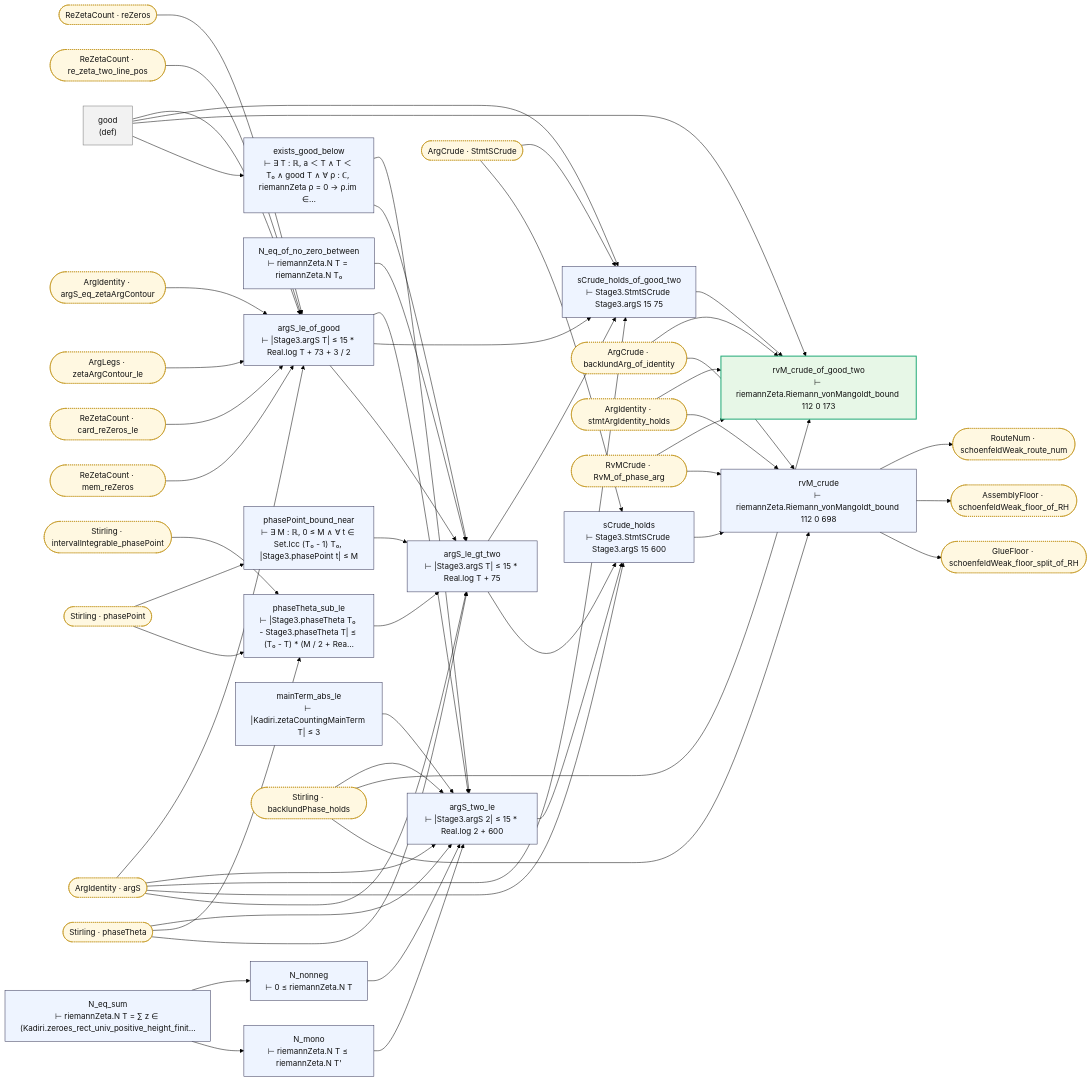
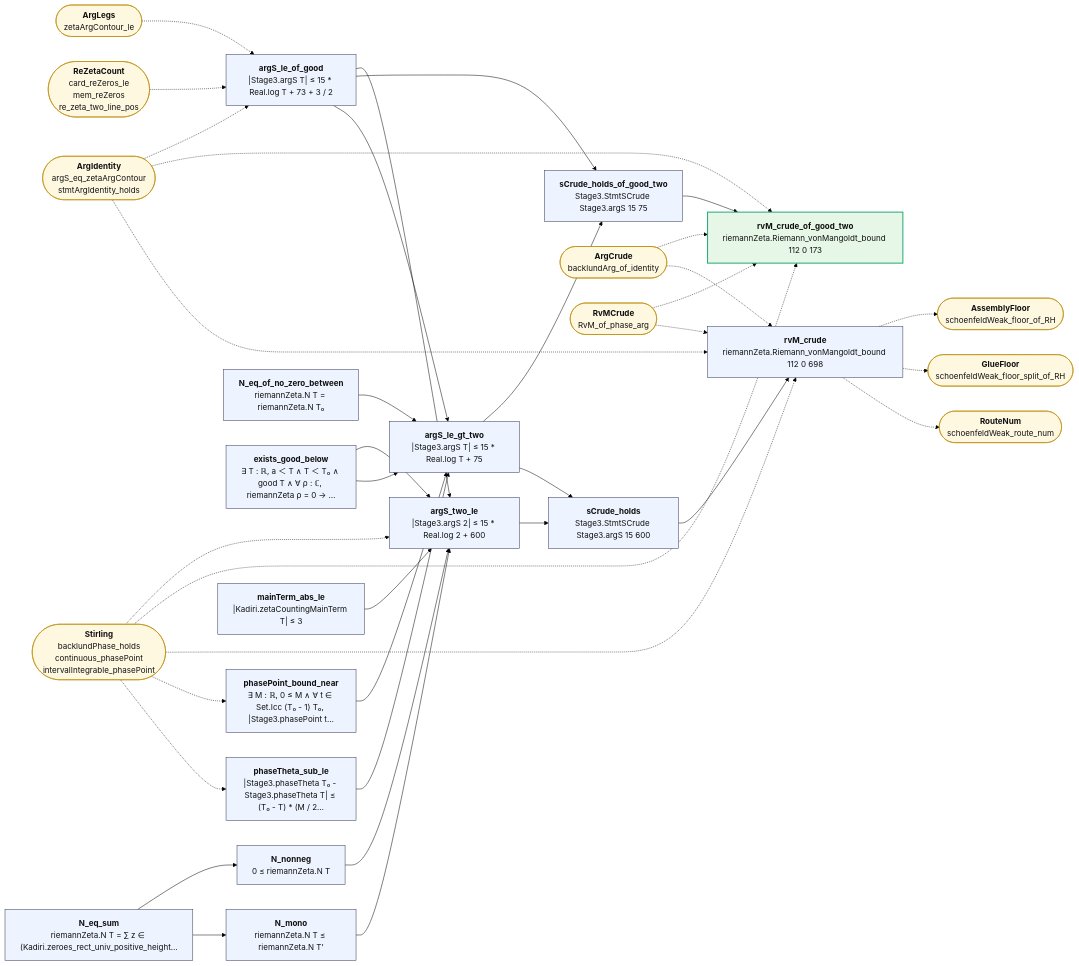
One commit to juliansambranojr/Primebeat_081426 changed the diagram in map/lean_stage3/ArgCount.md. Above: the diagram before and after it, drawn with Mermaid (forest theme). The commit also changed other lines of this file and 387 other files, not shown here.

````diff
--- a/map/lean_stage3/ArgCount.md
+++ b/map/lean_stage3/ArgCount.md
@@ -8,96 +12,67 @@
 ```mermaid
 flowchart LR
-  n0["good<br/>(def)"]:::dfn
-  n1["argS_le_of_good<br/>⊢ |Stage3.argS T| ≤ 15 * Real.log T + 73 + 3 / 2"]:::thm
-  n2["N_eq_sum<br/>⊢ riemannZeta.N T = ∑ z ∈ (Kadiri.zeroes_rect_univ_positive_height_finit…"]:::thm
-  n3["N_nonneg<br/>⊢ 0 ≤ riemannZeta.N T"]:::thm
-  n4["N_mono<br/>⊢ riemannZeta.N T ≤ riemannZeta.N T'"]:::thm
-  n5["N_eq_of_no_zero_between<br/>⊢ riemannZeta.N T = riemannZeta.N T₀"]:::thm
-  n6["exists_good_below<br/>⊢ ∃ T : ℝ, a ＜ T ∧ T ＜ T₀ ∧ good T ∧ ∀ ρ : ℂ, riemannZeta ρ = 0 → ρ.im ∈…"]:::thm
-  n7["phasePoint_bound_near<br/>⊢ ∃ M : ℝ, 0 ≤ M ∧ ∀ t ∈ Set.Icc (T₀ - 1) T₀, |Stage3.phasePoint t| ≤ M"]:::thm
-  n8["phaseTheta_sub_le<br/>⊢ |Stage3.phaseTheta T₀ - Stage3.phaseTheta T| ≤ (T₀ - T) * (M / 2 + Rea…"]:::thm
-  n9["argS_le_gt_two<br/>⊢ |Stage3.argS T| ≤ 15 * Real.log T + 75"]:::thm
-  n10["mainTerm_abs_le<br/>⊢ |Kadiri.zetaCountingMainTerm T| ≤ 3"]:::thm
-  n11["argS_two_le<br/>⊢ |Stage3.argS 2| ≤ 15 * Real.log 2 + 600"]:::thm
-  n12["sCrude_holds_of_good_two<br/>⊢ Stage3.StmtSCrude Stage3.argS 15 75"]:::thm
-  n13["sCrude_holds<br/>⊢ Stage3.StmtSCrude Stage3.argS 15 600"]:::thm
-  n14["rvM_crude_of_good_two<br/>⊢ riemannZeta.Riemann_vonMangoldt_bound 112 0 173"]:::end_
-  n15["rvM_crude<br/>⊢ riemannZeta.Riemann_vonMangoldt_bound 112 0 698"]:::thm
-  x0(["ArgCrude · StmtSCrude"]):::ext
-  x1(["ArgCrude · backlundArg_of_identity"]):::ext
-  x2(["ArgIdentity · argS"]):::ext
-  x3(["ArgIdentity · argS_eq_zetaArgContour"]):::ext
-  x4(["ArgIdentity · stmtArgIdentity_holds"]):::ext
-  x5(["ArgLegs · zetaArgContour_le"]):::ext
-  x6(["AssemblyFloor · schoenfeldWeak_floor_of_RH"]):::ext
-  x7(["GlueFloor · schoenfeldWeak_floor_split_of_RH"]):::ext
-  x8(["ReZetaCount · card_reZeros_le"]):::ext
-  x9(["ReZetaCount · mem_reZeros"]):::ext
-  x10(["ReZetaCount · reZeros"]):::ext
-  x11(["ReZetaCount · re_zeta_two_line_pos"]):::ext
-  x12(["RouteNum · schoenfeldWeak_route_num"]):::ext
-  x13(["RvMCrude · RvM_of_phase_arg"]):::ext
-  x14(["Stirling · backlundPhase_holds"]):::ext
-  x15(["Stirling · intervalIntegrable_phasePoint"]):::ext
-  x16(["Stirling · phasePoint"]):::ext
-  x17(["Stirling · phaseTheta"]):::ext
-  n0 --> n1
-  n0 --> n12
-  n0 --> n14
-  n0 --> n6
-  n1 --> n11
-  n1 --> n12
-  n1 --> n9
-  n10 --> n11
+  n0["<b>argS_le_of_good</b><br/>|Stage3.argS T| ≤ 15 * Real.log T + 73 + 3 / 2"]:::thm
+  n1["<b>N_eq_sum</b><br/>riemannZeta.N T = ∑ z ∈ (Kadiri.zeroes_rect_univ_positive_height…"]:::thm
+  n2["<b>N_nonneg</b><br/>0 ≤ riemannZeta.N T"]:::thm
+  n3["<b>N_mono</b><br/>riemannZeta.N T ≤ riemannZeta.N T'"]:::thm
+  n4["<b>N_eq_of_no_zero_between</b><br/>riemannZeta.N T = riemannZeta.N T₀"]:::thm
+  n5["<b>exists_good_below</b><br/>∃ T : ℝ, a ＜ T ∧ T ＜ T₀ ∧ good T ∧ ∀ ρ : ℂ, riemannZeta ρ = 0 → …"]:::thm
+  n6["<b>phasePoint_bound_near</b><br/>∃ M : ℝ, 0 ≤ M ∧ ∀ t ∈ Set.Icc (T₀ - 1) T₀, |Stage3.phasePoint t…"]:::thm
+  n7["<b>phaseTheta_sub_le</b><br/>|Stage3.phaseTheta T₀ - Stage3.phaseTheta T| ≤ (T₀ - T) * (M / 2…"]:::thm
+  n8["<b>argS_le_gt_two</b><br/>|Stage3.argS T| ≤ 15 * Real.log T + 75"]:::thm
+  n9["<b>mainTerm_abs_le</b><br/>|Kadiri.zetaCountingMainTerm T| ≤ 3"]:::thm
+  n10["<b>argS_two_le</b><br/>|Stage3.argS 2| ≤ 15 * Real.log 2 + 600"]:::thm
+  n11["<b>sCrude_holds_of_good_two</b><br/>Stage3.StmtSCrude Stage3.argS 15 75"]:::thm
+  n12["<b>sCrude_holds</b><br/>Stage3.StmtSCrude Stage3.argS 15 600"]:::thm
+  n13["<b>rvM_crude_of_good_two</b><br/>riemannZeta.Riemann_vonMangoldt_bound 112 0 173"]:::end_
+  n14["<b>rvM_crude</b><br/>riemannZeta.Riemann_vonMangoldt_bound 112 0 698"]:::thm
+  x0(["<b>ArgIdentity</b><br/>argS_eq_zetaArgContour<br/>stmtArgIdentity_holds"]):::ext
+  x1(["<b>ArgLegs</b><br/>zetaArgContour_le"]):::ext
+  x2(["<b>ReZetaCount</b><br/>card_reZeros_le<br/>mem_reZeros<br/>re_zeta_two_line_pos"]):::ext
+  x3(["<b>Stirling</b><br/>backlundPhase_holds<br/>continuous_phasePoint<br/>intervalIntegrable_phasePoint"]):::ext
+  x4(["<b>ArgCrude</b><br/>backlundArg_of_identity"]):::ext
+  x5(["<b>RvMCrude</b><br/>RvM_of_phase_arg"]):::ext
+  x6(["<b>AssemblyFloor</b><br/>schoenfeldWeak_floor_of_RH"]):::ext
+  x7(["<b>GlueFloor</b><br/>schoenfeldWeak_floor_split_of_RH"]):::ext
+  x8(["<b>RouteNum</b><br/>schoenfeldWeak_route_num"]):::ext
+  n0 --> n10
+  n0 --> n11
+  n0 --> n8
+  n1 --> n2
+  n1 --> n3
+  n10 --> n12
   n11 --> n13
   n12 --> n14
-  n13 --> n15
-  n15 --> x12
-  n15 --> x6
-  n15 --> x7
-  n2 --> n3
-  n2 --> n4
-  n3 --> n11
-  n4 --> n11
-  n5 --> n9
-  n6 --> n11
-  n6 --> n9
-  n7 --> n9
-  n8 --> n9
-  n9 --> n12
-  n9 --> n13
-  x0 --> n12
-  x0 --> n13
-  x1 --> n14
-  x1 --> n15
-  x10 --> n1
-  x11 --> n1
-  x13 --> n14
-  x13 --> n15
-  x14 --> n11
-  x14 --> n14
-  x14 --> n15
-  x15 --> n8
-  x16 --> n7
-  x16 --> n8
-  x17 --> n11
-  x17 --> n8
-  x17 --> n9
-  x2 --> n1
-  x2 --> n11
-  x2 --> n12
-  x2 --> n13
-  x2 --> n9
-  x3 --> n1
-  x4 --> n14
-  x4 --> n15
-  x5 --> n1
-  x8 --> n1
-  x9 --> n1
+  n2 --> n10
+  n3 --> n10
+  n4 --> n8
+  n5 --> n10
+  n5 --> n8
+  n6 --> n8
+  n7 --> n8
+  n8 --> n11
+  n8 --> n12
+  n9 --> n10
+  n14 -.-> x6
+  n14 -.-> x7
+  n14 -.-> x8
+  x0 -.-> n0
+  x0 -.-> n13
+  x0 -.-> n14
+  x1 -.-> n0
+  x2 -.-> n0
+  x3 -.-> n10
+  x3 -.-> n13
+  x3 -.-> n14
+  x3 -.-> n6
+  x3 -.-> n7
+  x4 -.-> n13
+  x4 -.-> n14
+  x5 -.-> n13
+  x5 -.-> n14
   classDef thm fill:#eef4ff,stroke:#335,color:#111
-  classDef dfn fill:#f2f2f2,stroke:#777,color:#111
   classDef end_ fill:#e7f7e7,stroke:#2a7,color:#111,stroke-width:2px
   classDef lone fill:#fff,stroke:#999,color:#111,stroke-dasharray:4 3
   classDef bad fill:#ffe5e5,stroke:#c22,color:#111,stroke-width:2px
-  classDef ext fill:#fff8e1,stroke:#b80,color:#111,stroke-dasharray:2 2
+  classDef ext fill:#fff8e1,stroke:#b80,color:#111
 ```
````
